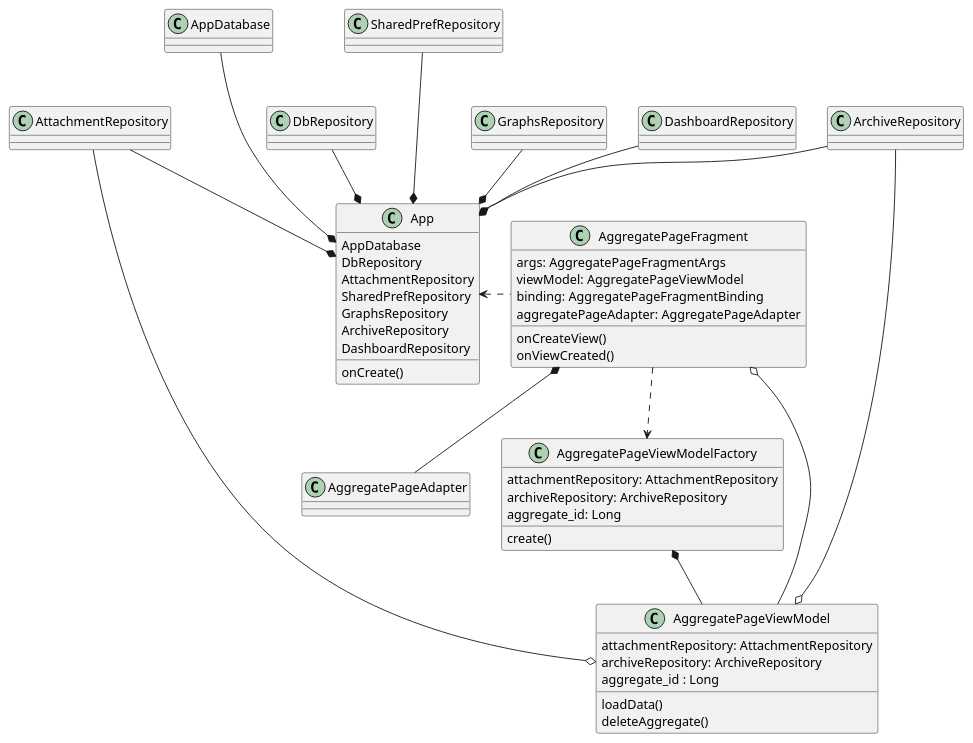
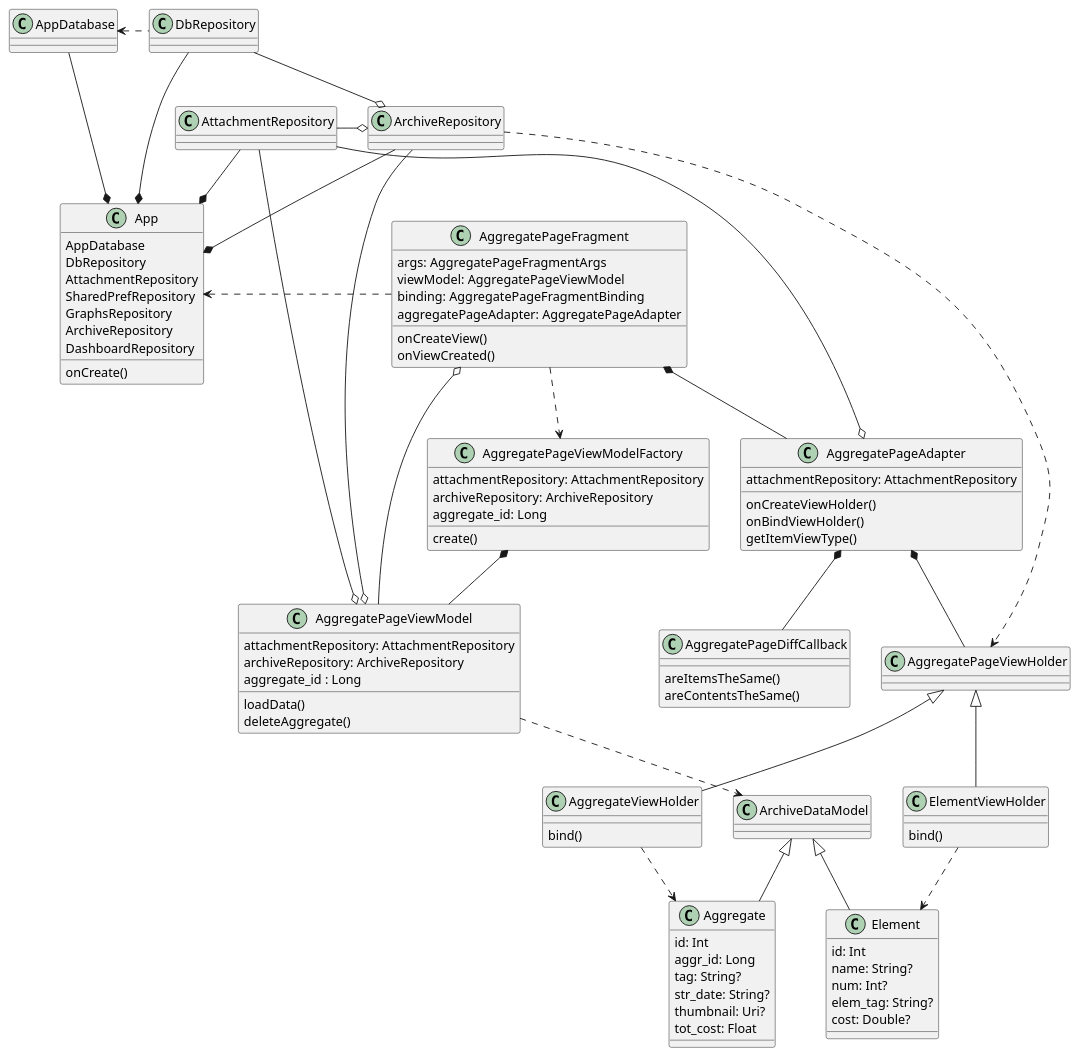
One commit to simone-viozzi/progetto-programmazione-mobile changed the diagram in android_app/app/src/main/java/com/example/receiptApp/pages/aggregatePage/AggregatePageStructure.puml. Above: the diagram before and after it, drawn with PlantUML. The commit also changed 7 other files, not shown here.

Commit message:
renamed a thing, uml edits

```diff
--- a/android_app/app/src/main/java/com/example/receiptApp/pages/aggregatePage/AggregatePageStructure.puml
+++ b/android_app/app/src/main/java/com/example/receiptApp/pages/aggregatePage/AggregatePageStructure.puml
@@ -1,104 +1,152 @@
 @startuml
 'https://plantuml.com/class-diagram
 
 class AppDatabase
 {
 
 
 }
 
 class DbRepository {
 
 }
 
 class AttachmentRepository {
 
 }
 
-class SharedPrefRepository {
-
-}
-
-class GraphsRepository
-{
-
-}
-
-
 class ArchiveRepository
 {
 
 }
 
-class DashboardRepository
-{
-
-}
 
 class App {
     AppDatabase
     DbRepository
     AttachmentRepository
     SharedPrefRepository
     GraphsRepository
     ArchiveRepository
     DashboardRepository
     onCreate()
 }
 
 AppDatabase ---* App
-DbRepository --* App
+DbRepository ---* App
 AttachmentRepository --* App
-SharedPrefRepository ---* App
-GraphsRepository --* App
 ArchiveRepository --* App
-DashboardRepository --* App
+
+AppDatabase <. DbRepository
+DbRepository -o ArchiveRepository
+AttachmentRepository -o ArchiveRepository
 
 
 App <. AggregatePageFragment
 
 
 class AggregatePageFragment
 {
     args: AggregatePageFragmentArgs
     viewModel: AggregatePageViewModel
     binding: AggregatePageFragmentBinding
     aggregatePageAdapter: AggregatePageAdapter
     onCreateView()
     onViewCreated()
 }
 
 class AggregatePageAdapter
 {
+    attachmentRepository: AttachmentRepository
+    onCreateViewHolder()
+    onBindViewHolder()
+    getItemViewType()
 }
 
+AttachmentRepository ---o AggregatePageAdapter
 AggregatePageFragment *-- AggregatePageAdapter
 
 class AggregatePageViewModelFactory
 {
     attachmentRepository: AttachmentRepository
     archiveRepository: ArchiveRepository
     aggregate_id: Long
     create()
 }
 
 
 class AggregatePageViewModel
 {
     attachmentRepository: AttachmentRepository
     archiveRepository: ArchiveRepository
     aggregate_id : Long
     loadData()
     deleteAggregate()
 }
 
 AggregatePageFragment ..> AggregatePageViewModelFactory
 AggregatePageViewModelFactory *-- AggregatePageViewModel
 AggregatePageFragment o--- AggregatePageViewModel
 
 AttachmentRepository ---o AggregatePageViewModel
 ArchiveRepository ---o AggregatePageViewModel
 
+class AggregatePageDiffCallback
+{
+    areItemsTheSame()
+    areContentsTheSame()
+}
 
 
+
+class AggregatePageViewHolder
+{
+}
+
+
+AggregatePageAdapter *-- AggregatePageDiffCallback
+AggregatePageAdapter *-- AggregatePageViewHolder
+
+class AggregateViewHolder
+{
+    bind()
+}
+
+class ElementViewHolder
+{
+    bind()
+}
+
+AggregatePageViewHolder <|- AggregateViewHolder
+AggregatePageViewHolder <|- ElementViewHolder
+
+class ArchiveDataModel
+
+class Aggregate
+{
+    id: Int
+    aggr_id: Long
+    tag: String?
+    str_date: String?
+    thumbnail: Uri?
+    tot_cost: Float
+}
+
+class Element{
+    id: Int
+    name: String?
+    num: Int?
+    elem_tag: String?
+    cost: Double?
+}
+
+ArchiveDataModel <|-- Aggregate
+ArchiveDataModel <|-- Element
+
+AggregateViewHolder ..> Aggregate
+ElementViewHolder ..> Element
+
+AggregatePageViewModel ..> ArchiveDataModel
+ArchiveRepository ...> AggregatePageViewHolder
+
 @enduml
```
